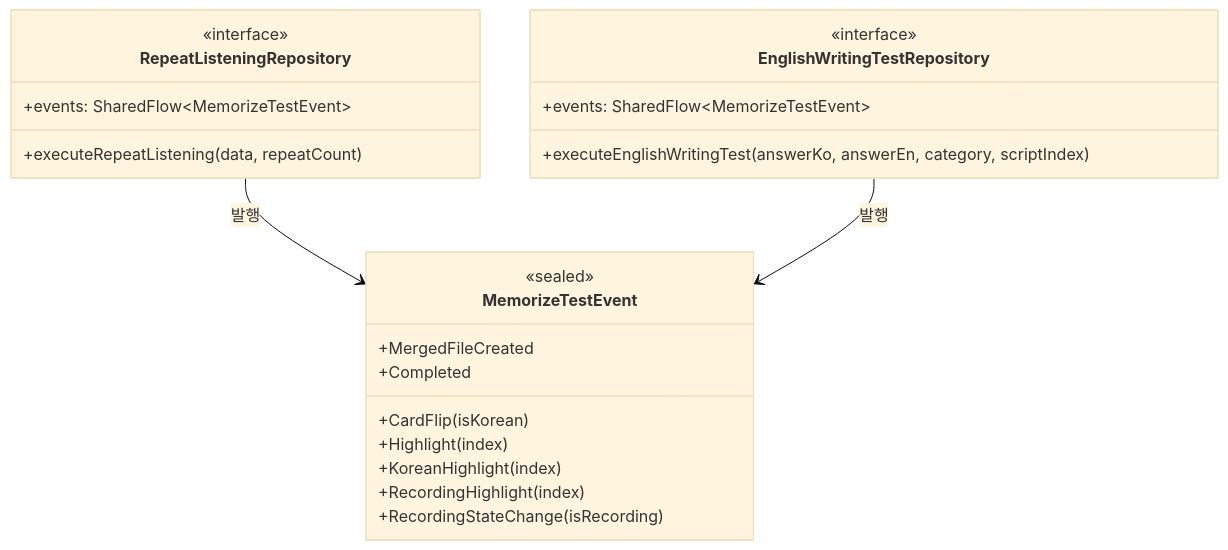
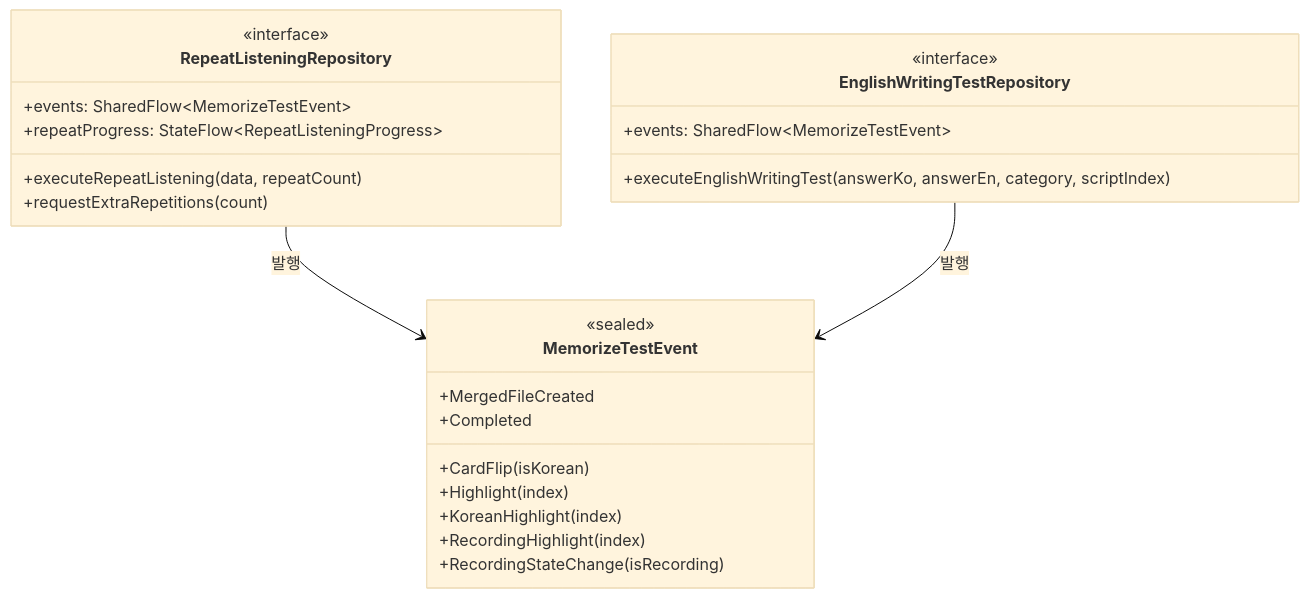
The second of 4 diagrams in .claude/architecture/ARCHITECTURE_DOMAIN.md (AlgoLovers/OPIcHelper), drawn with Mermaid (base theme) before and after one commit. The commit also changed other lines of this file and 9 other files, not shown here.

````diff
--- a/.claude/architecture/ARCHITECTURE_DOMAIN.md
+++ b/.claude/architecture/ARCHITECTURE_DOMAIN.md
@@ -92,28 +139,30 @@
 ```mermaid
 classDiagram
     class MemorizeTestEvent {
         <<sealed>>
         +CardFlip(isKorean)
         +Highlight(index)
         +KoreanHighlight(index)
         +RecordingHighlight(index)
         +RecordingStateChange(isRecording)
         +MergedFileCreated
         +Completed
     }
 
     class RepeatListeningRepository {
         <<interface>>
         +events: SharedFlow~MemorizeTestEvent~
         +executeRepeatListening(data, repeatCount)
+        +repeatProgress: StateFlow~RepeatListeningProgress~
+        +requestExtraRepetitions(count)
     }
 
     class EnglishWritingTestRepository {
         <<interface>>
         +events: SharedFlow~MemorizeTestEvent~
         +executeEnglishWritingTest(answerKo, answerEn, category, scriptIndex)
     }
 
     RepeatListeningRepository --> MemorizeTestEvent : 발행
     EnglishWritingTestRepository --> MemorizeTestEvent : 발행
 ```
````
